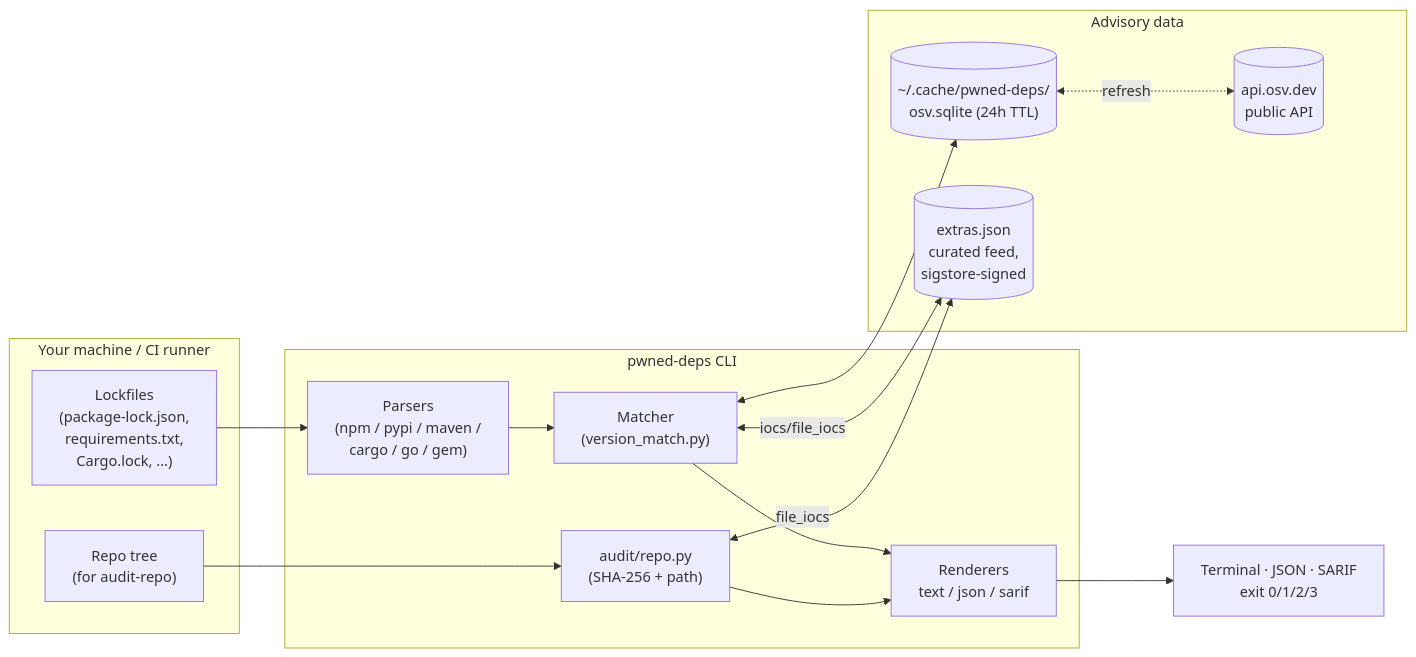
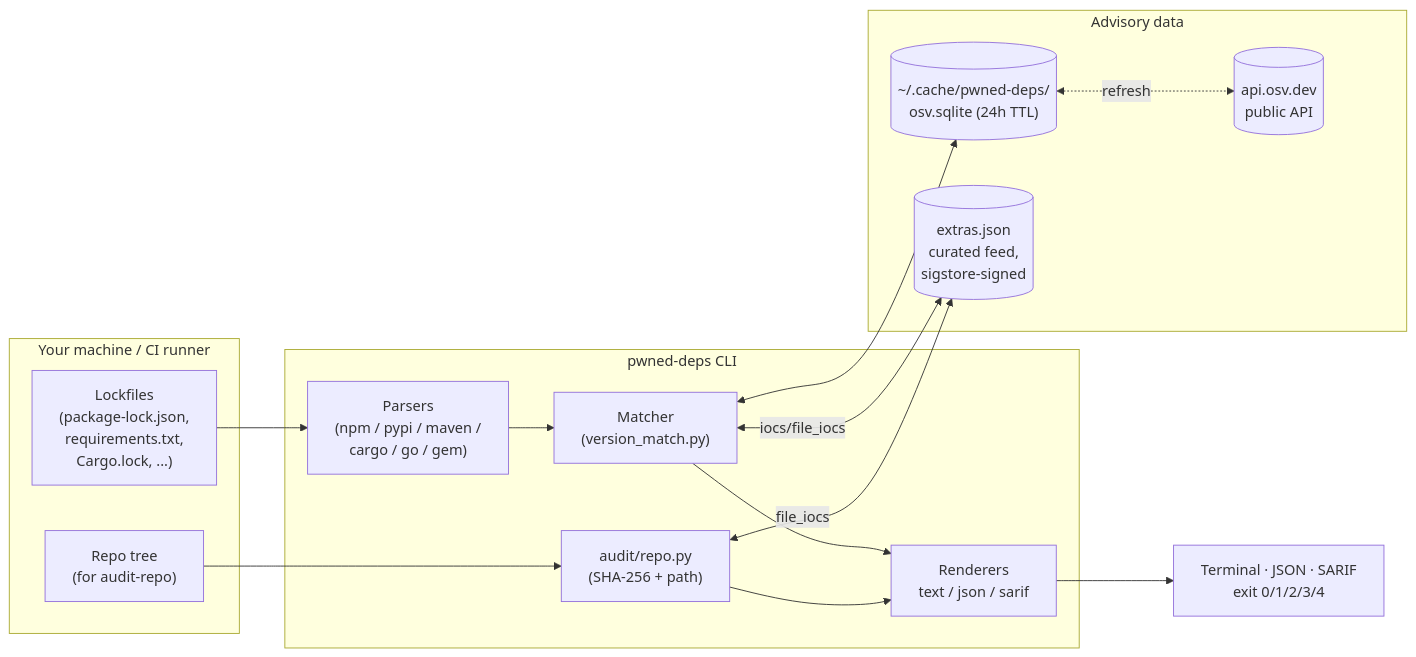
The first of 2 diagrams in README.md (mkbhardwas12/pwned-deps), drawn with Mermaid before and after one commit. The commit also changed other lines of this file and 13 other files, not shown here.

````diff
--- a/README.md
+++ b/README.md
@@ -84,30 +84,30 @@
 ```mermaid
 flowchart LR
     subgraph User["Your machine / CI runner"]
         LF["Lockfiles<br/>(package-lock.json,<br/>requirements.txt,<br/>Cargo.lock, ...)"]
         REPO["Repo tree<br/>(for audit-repo)"]
     end
 
     subgraph CLI["pwned-deps CLI"]
         P["Parsers<br/>(npm / pypi / maven /<br/>cargo / go / gem)"]
         M["Matcher<br/>(version_match.py)"]
         A["audit/repo.py<br/>(SHA-256 + path)"]
         R["Renderers<br/>text / json / sarif"]
     end
 
     subgraph Data["Advisory data"]
         OSV[("api.osv.dev<br/>public API")]
         CACHE[("~/.cache/pwned-deps/<br/>osv.sqlite (24h TTL)")]
         EX[("extras.json<br/>curated feed,<br/>sigstore-signed")]
     end
 
     LF --> P --> M
     REPO --> A
     M <--> CACHE
     CACHE <-.refresh.-> OSV
     M <-- iocs/file_iocs --> EX
     A <-- file_iocs --> EX
     M --> R
     A --> R
-    R --> OUT["Terminal · JSON · SARIF<br/>exit 0/1/2/3"]
+    R --> OUT["Terminal · JSON · SARIF<br/>exit 0/1/2/3/4"]
 ```
````
